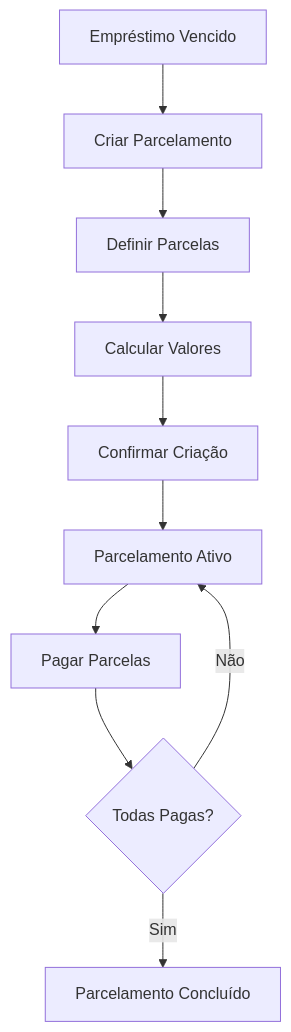
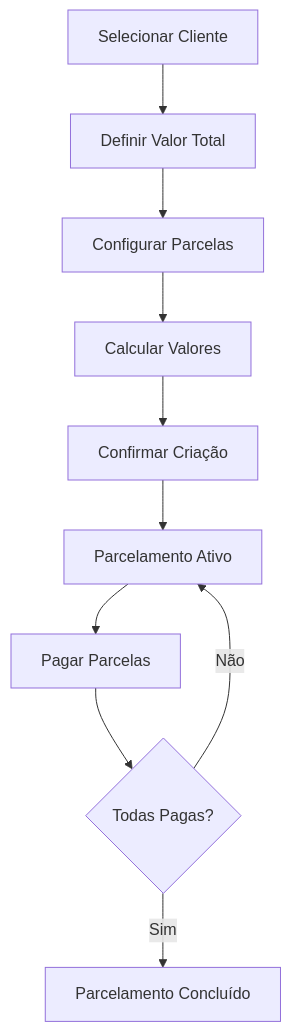
One commit to brassz/xp changed the diagram in README-parcelamentos.md. Above: the diagram before and after it, drawn with Mermaid. The commit also changed other lines of this file and 5 other files, not shown here.

````diff
--- a/README-parcelamentos.md
+++ b/README-parcelamentos.md
@@ -154,12 +157,12 @@
 ```mermaid
 graph TD
-    A[Empréstimo Vencido] --> B[Criar Parcelamento]
-    B --> C[Definir Parcelas]
+    A[Selecionar Cliente] --> B[Definir Valor Total]
+    B --> C[Configurar Parcelas]
     C --> D[Calcular Valores]
     D --> E[Confirmar Criação]
     E --> F[Parcelamento Ativo]
     F --> G[Pagar Parcelas]
     G --> H{Todas Pagas?}
     H -->|Sim| I[Parcelamento Concluído]
     H -->|Não| F
 ```
````
